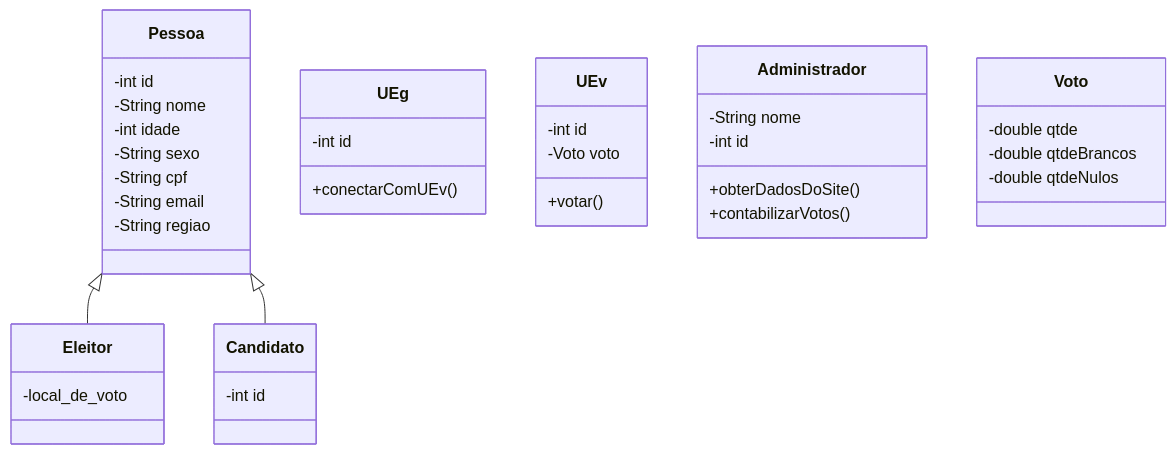
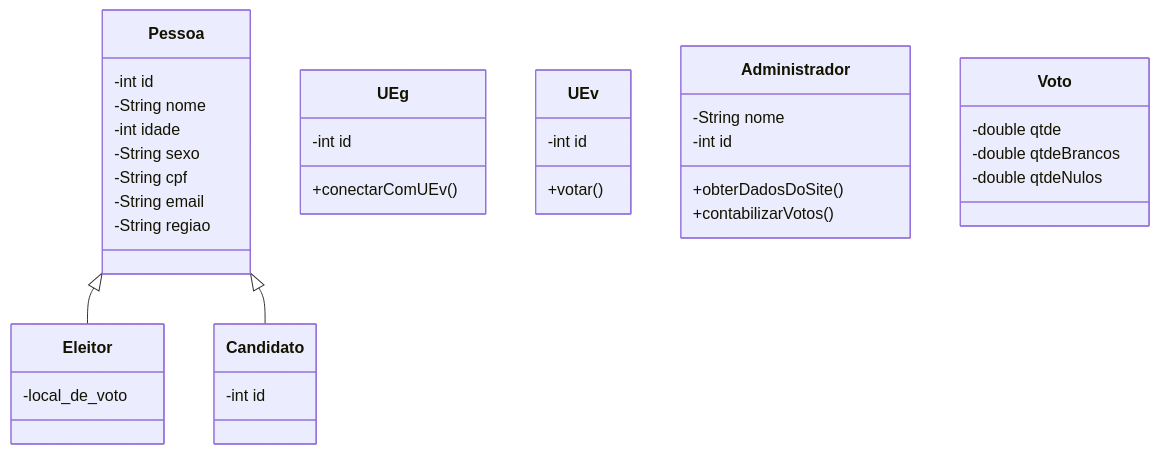
The diagram in Diagrama De Classes.md (HenriqueFinatti/Modelagem-De-Software-Orientado-a-Objetos), drawn with Mermaid before and after one commit.

Commit message:
Update Diagrama De Classes.md

````diff
--- a/Diagrama De Classes.md
+++ b/Diagrama De Classes.md
@@ -3,44 +3,43 @@
 ```mermaid
 classDiagram
 Pessoa <|-- Eleitor
 Pessoa <|-- Candidato
 Pessoa: -int id
 Pessoa: -String nome
 Pessoa: -int idade
 Pessoa: -String sexo
 Pessoa: -String cpf
 Pessoa: -String email
 Pessoa: -String regiao
 
 Eleitor: -local_de_voto
 
 class Candidato{
   -int id
 }
 
 class UEg{
   -int id
   +conectarComUEv()
 }
 
 class UEv{
   -int id
-  -Voto voto
   +votar()
 }
 
 class Administrador{
   -String nome
   -int id
  +obterDadosDoSite()
  +contabilizarVotos()
 
 }
 
 class Voto{
   -double qtde
   -double qtdeBrancos
   -double qtdeNulos
 }
 
 ```
````
